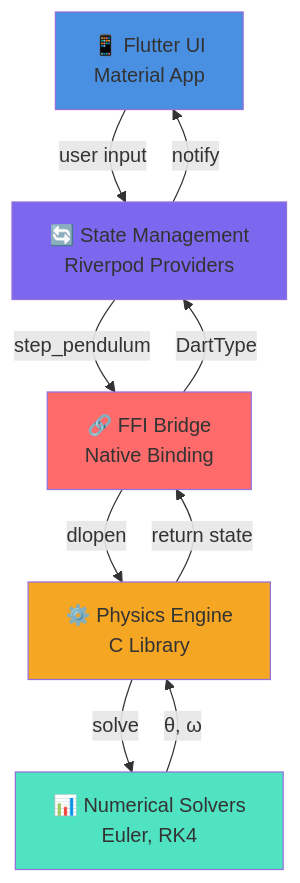
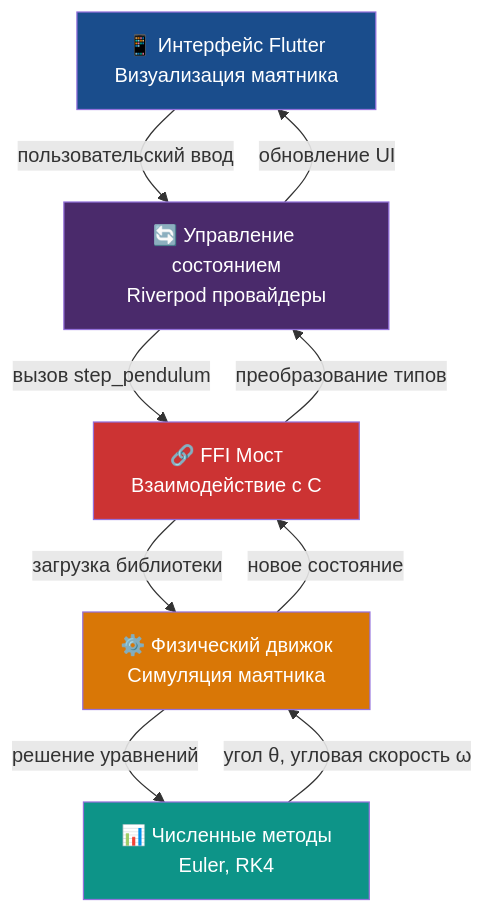
The first of 2 diagrams in README.md (mhjfgjhg/phys_sim_app), drawn with Mermaid before and after one commit. The commit also changed other lines of this file and 2 other files, not shown here.

````diff
--- a/README.md
+++ b/README.md
@@ -11,23 +6,23 @@
 ```mermaid
 graph TB
-    UI["📱 Flutter UI<br/>Material App"]
-    STATE["🔄 State Management<br/>Riverpod Providers"]
-    FFI["🔗 FFI Bridge<br/>Native Binding"]
-    ENGINE["⚙️ Physics Engine<br/>C Library"]
-    SOLVERS["📊 Numerical Solvers<br/>Euler, RK4"]
+    UI["📱 Интерфейс Flutter<br/>Визуализация маятника"]
+    STATE["🔄 Управление состоянием<br/>Riverpod провайдеры"]
+    FFI["🔗 FFI Мост<br/>Взаимодействие с C"]
+    ENGINE["⚙️ Физический движок<br/>Симуляция маятника"]
+    SOLVERS["📊 Численные методы<br/>Euler, RK4"]
     
-    UI -->|user input| STATE
-    STATE -->|step_pendulum| FFI
-    FFI -->|dlopen| ENGINE
-    ENGINE -->|solve| SOLVERS
-    SOLVERS -->|θ, ω| ENGINE
-    ENGINE -->|return state| FFI
-    FFI -->|DartType| STATE
-    STATE -->|notify| UI
+    UI -->|пользовательский ввод| STATE
+    STATE -->|вызов step_pendulum| FFI
+    FFI -->|загрузка библиотеки| ENGINE
+    ENGINE -->|решение уравнений| SOLVERS
+    SOLVERS -->|угол θ, угловая скорость ω| ENGINE
+    ENGINE -->|новое состояние| FFI
+    FFI -->|преобразование типов| STATE
+    STATE -->|обновление UI| UI
     
-    style UI fill:#4a90e2
-    style STATE fill:#7b68ee
-    style FFI fill:#ff6b6b
-    style ENGINE fill:#f5a623
-    style SOLVERS fill:#50e3c2
+    style UI fill:#1a4d8c,color:#fff
+    style STATE fill:#4a2a6b,color:#fff
+    style FFI fill:#cc3333,color:#fff
+    style ENGINE fill:#d97706,color:#fff
+    style SOLVERS fill:#0d9488,color:#fff
 ```
````
